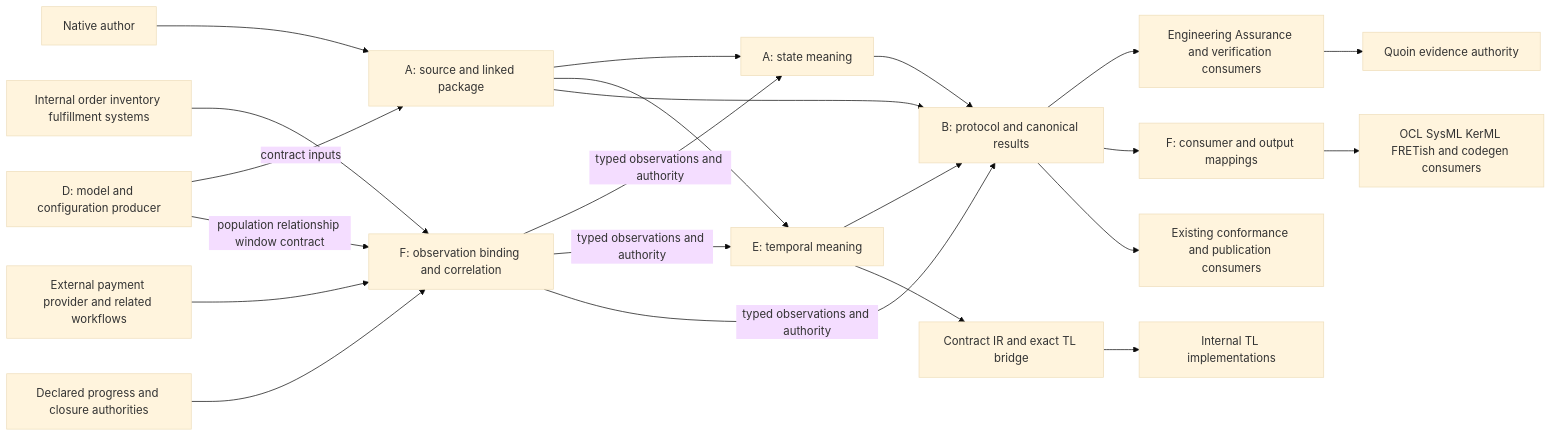
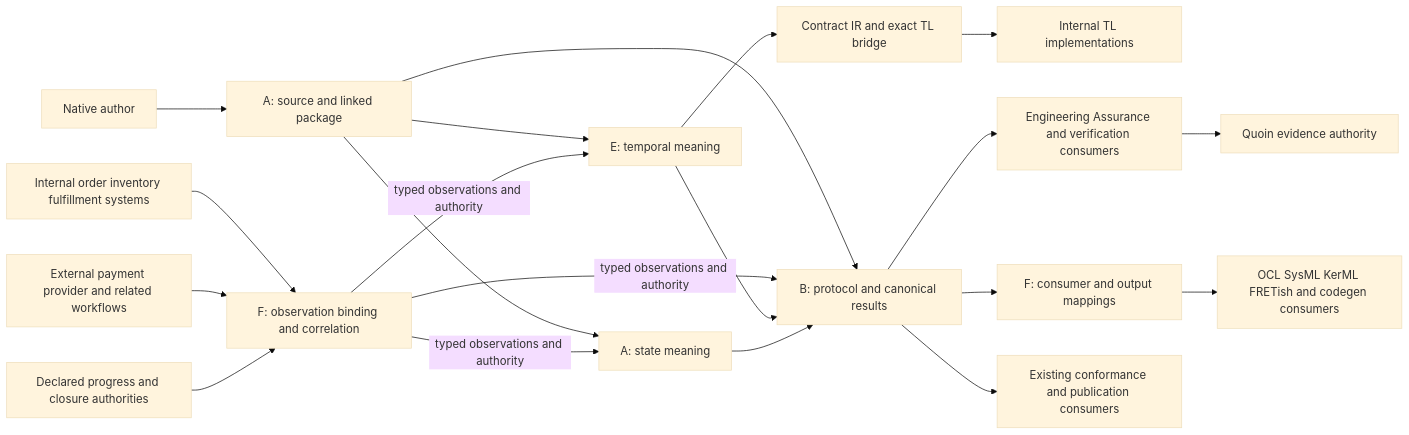
The diagram in spec/reviews/composed-v1/scope-boundary.md (agent-ix/quire-specification), drawn with Mermaid (base theme) before and after one commit. The commit also changed other lines of this file and 69 other files, not shown here.

````diff
--- a/spec/reviews/composed-v1/scope-boundary.md
+++ b/spec/reviews/composed-v1/scope-boundary.md
@@ -59,24 +46,22 @@
 ```mermaid
 flowchart LR
   Author[Native author] --> A[A: source and linked package]
-  D[D: model and configuration producer] -->|contract inputs| A
   Internal[Internal order inventory fulfillment systems] --> F[F: observation binding and correlation]
   External[External payment provider and related workflows] --> F
   Authority[Declared progress and closure authorities] --> F
-  D -->|population relationship window contract| F
   A --> State[A: state meaning]
   A --> E[E: temporal meaning]
   A --> B[B: protocol and canonical results]
   F -->|typed observations and authority| State
   F -->|typed observations and authority| E
   F -->|typed observations and authority| B
   E --> B
   State --> B
   E --> IR[Contract IR and exact TL bridge]
   IR --> TL[Internal TL implementations]
   B --> C[Engineering Assurance and verification consumers]
   B --> Output[F: consumer and output mappings]
   Output --> Targets[OCL SysML KerML FRETish and codegen consumers]
   C --> Q[Quoin evidence authority]
   B --> Publisher[Existing conformance and publication consumers]
 ```
````
